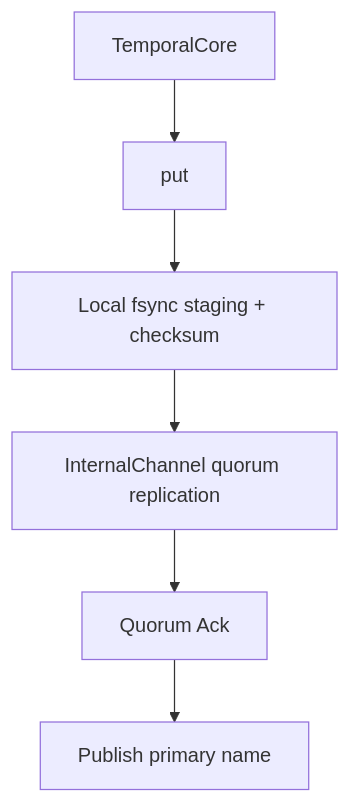
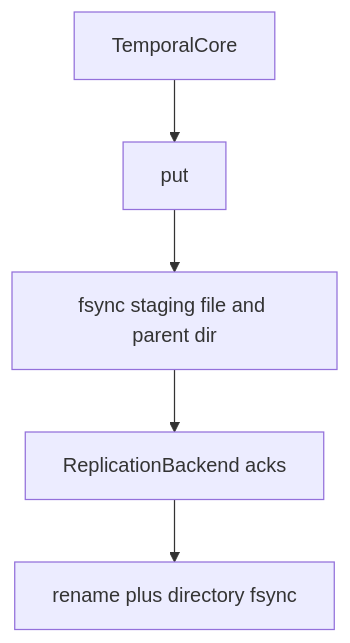
The diagram in SPEC.md (jrfranks/ArkFS), drawn with Mermaid before and after one commit. The commit also changed other lines of this file and 10 other files, not shown here.

````diff
--- a/SPEC.md
+++ b/SPEC.md
@@ -56,8 +43,7 @@
-  ```mermaid
-  graph TD
-      A[TemporalCore] --> B[put]
-      B --> C[Local fsync staging + checksum]
-      C --> D[InternalChannel quorum replication]
-      D --> E[Quorum Ack]
-      E --> F[Publish primary name]
-  ```
+```mermaid
+graph TD
+    A[TemporalCore] --> B[put]
+    B --> C[fsync staging file and parent dir]
+    C --> D[ReplicationBackend acks]
+    D --> E[rename plus directory fsync]
+```
````
